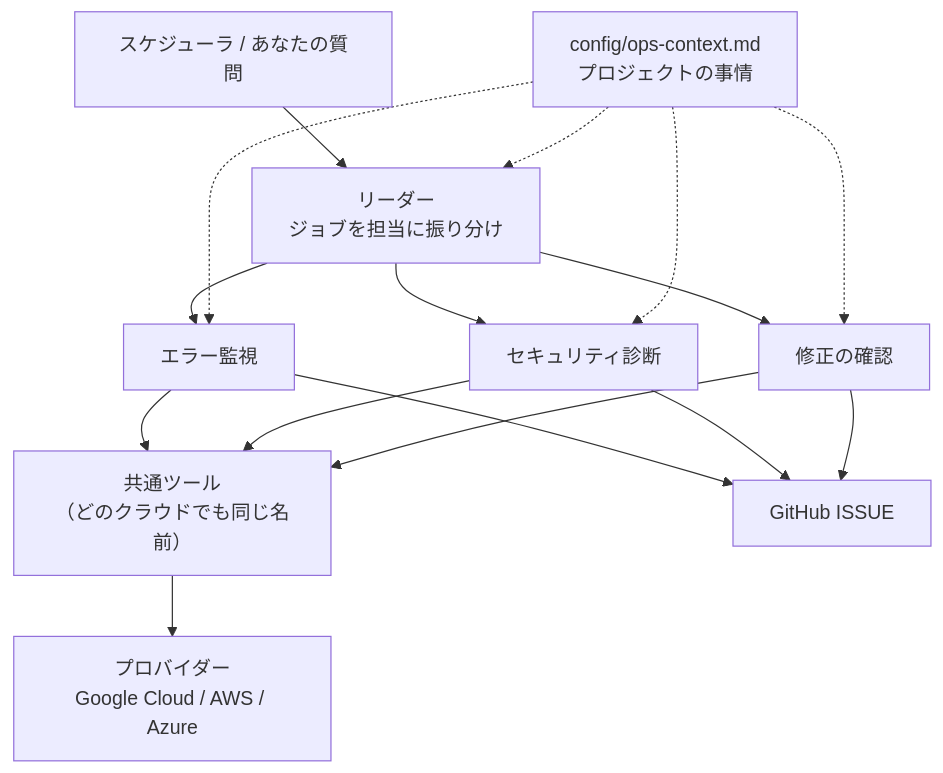
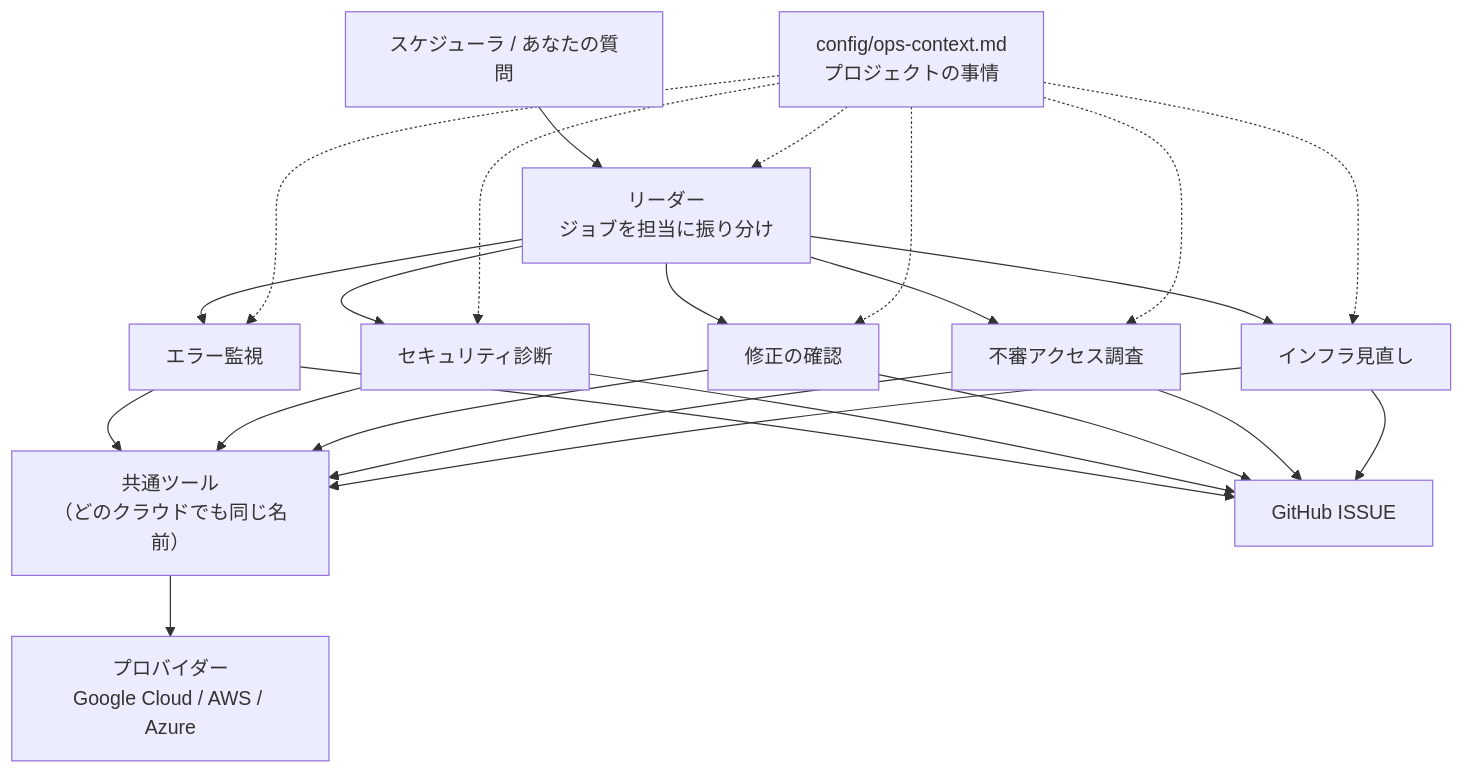
Before and after one commit to atsuki-sakai/cloud-ops-team: the second of 2 diagrams in README.md, drawn with Mermaid. The commit also changed other lines of this file and 43 other files, not shown here.

````diff
--- a/README.md
+++ b/README.md
@@ -178,9 +191,9 @@
 ```mermaid
 flowchart TB
     SCH["スケジューラ / あなたの質問"] --> L["リーダー<br/>ジョブを担当に振り分け"]
-    L --> S1["エラー監視"] & S2["セキュリティ診断"] & S3["修正の確認"]
-    S1 & S2 & S3 --> T["共通ツール<br/>（どのクラウドでも同じ名前）"]
+    L --> S1["エラー監視"] & S2["セキュリティ診断"] & S3["修正の確認"] & S4["不審アクセス調査"] & S5["インフラ見直し"]
+    S1 & S2 & S3 & S4 & S5 --> T["共通ツール<br/>（どのクラウドでも同じ名前）"]
     T --> P["プロバイダー<br/>Google Cloud / AWS / Azure"]
-    S1 & S2 & S3 --> G["GitHub ISSUE"]
-    CTX["config/ops-context.md<br/>プロジェクトの事情"] -.-> L & S1 & S2 & S3
+    S1 & S2 & S3 & S4 & S5 --> G["GitHub ISSUE"]
+    CTX["config/ops-context.md<br/>プロジェクトの事情"] -.-> L & S1 & S2 & S3 & S4 & S5
 ```
````
